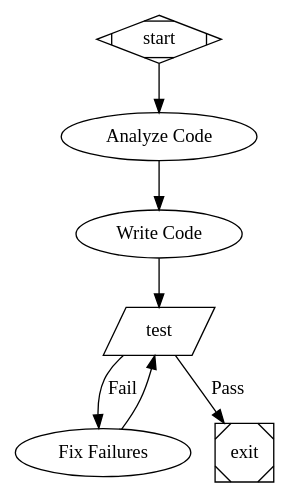
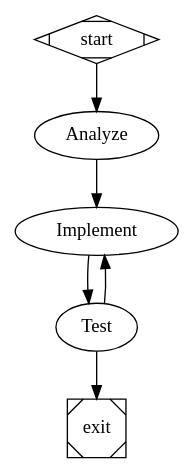
One commit to dsr-restyn/nanoclaw changed the first of 3 diagrams in .claude/skills/add-attractor/add/container/skills/attractor/CLAUDE.md. Above: the diagram before and after it, drawn with Graphviz. The commit also changed other lines of this file and 3 other files, not shown here.

````diff
--- a/.claude/skills/add-attractor/add/container/skills/attractor/CLAUDE.md
+++ b/.claude/skills/add-attractor/add/container/skills/attractor/CLAUDE.md
@@ -59,17 +88,12 @@
 ```dot
-digraph Example {
-  graph [goal="What this pipeline achieves"]
-
+digraph Feature {
+  graph [goal="Add feature X"]
   start [shape=Mdiamond]
-  analyze [label="Analyze Code", prompt="Review the codebase and identify..."]
-  implement [label="Write Code", prompt="Implement the feature..."]
-  test [shape=parallelogram, tool_command="npm test"]
-  fix [label="Fix Failures", prompt="Analyze and fix test failures..."]
+  analyze [label="Analyze", prompt="Review the codebase"]
+  implement [label="Implement", prompt="Write the code"]
+  test [label="Test", prompt="Run tests", max_retries=3]
   exit [shape=Msquare]
-
-  start -> analyze -> implement -> test
-  test -> exit [label="Pass", condition="outcome=success"]
-  test -> fix [label="Fail", condition="outcome!=success"]
-  fix -> test
+  start -> analyze -> implement -> test -> exit
+  test -> implement [condition="outcome=fail"]
 }
 ```
````
